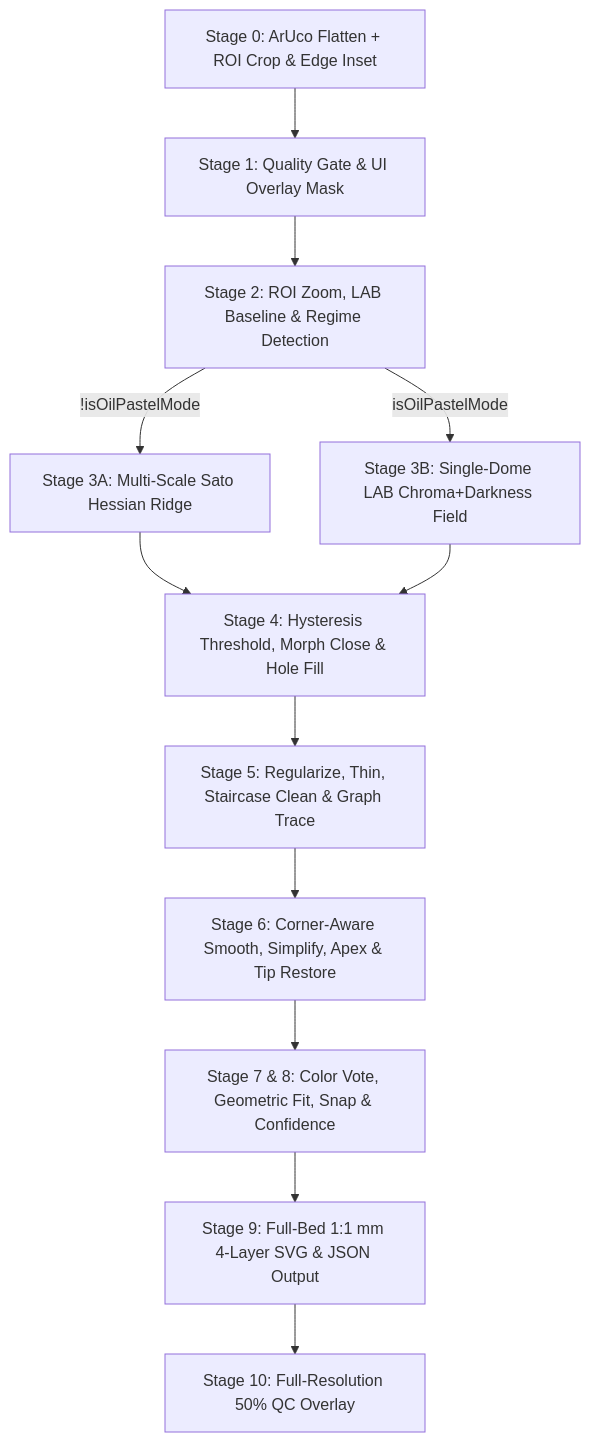
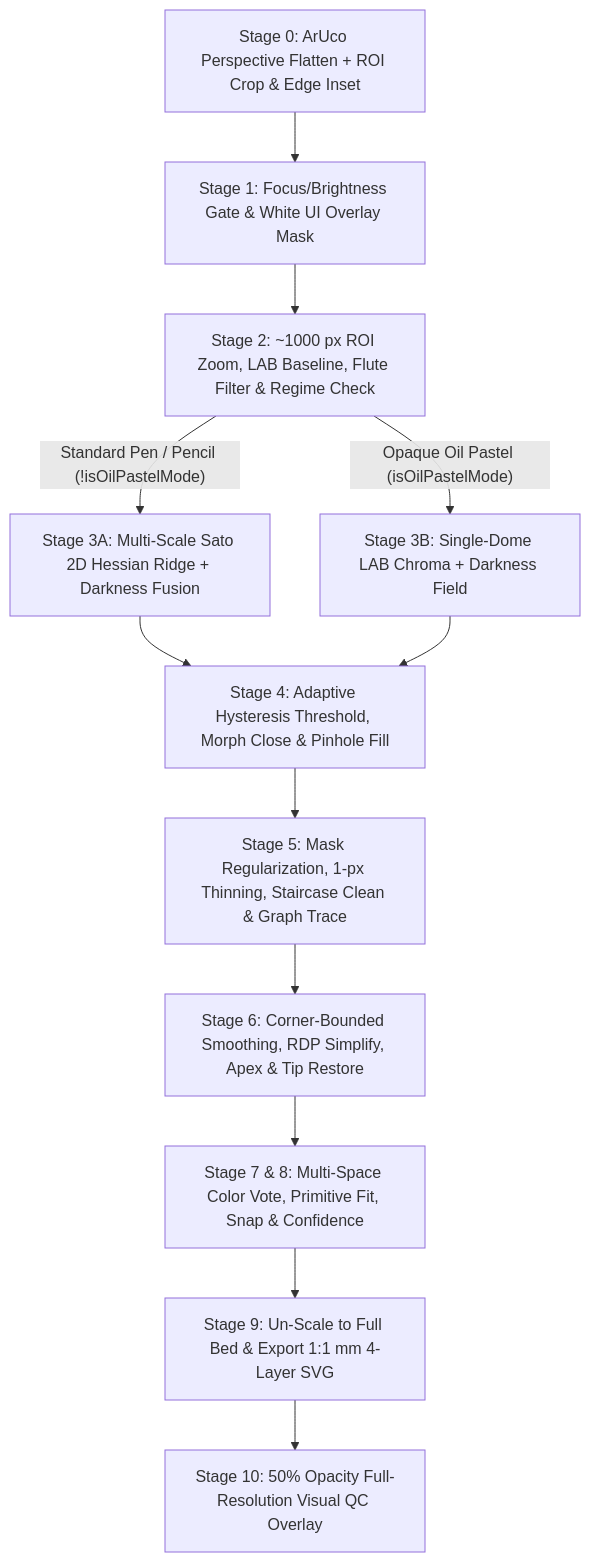
The first of 4 diagrams in docs/STROKE_DETECTION_WORKFLOW_END_TO_END.md (icebelly29/urumi-vision-app), drawn with Mermaid before and after one commit. The commit also changed other lines of this file and 12 other files, not shown here.

````diff
--- a/docs/STROKE_DETECTION_WORKFLOW_END_TO_END.md
+++ b/docs/STROKE_DETECTION_WORKFLOW_END_TO_END.md
@@ -9,14 +68,14 @@
 ```mermaid
 flowchart TD
-    S0["Stage 0: ArUco Flatten + ROI Crop & Edge Inset"] --> S1["Stage 1: Quality Gate & UI Overlay Mask"]
-    S1 --> S2["Stage 2: ROI Zoom, LAB Baseline & Regime Detection"]
-    S2 -->|!isOilPastelMode| S3A["Stage 3A: Multi-Scale Sato Hessian Ridge"]
-    S2 -->|isOilPastelMode| S3B["Stage 3B: Single-Dome LAB Chroma+Darkness Field"]
-    S3A --> S4["Stage 4: Hysteresis Threshold, Morph Close & Hole Fill"]
+    S0["Stage 0: ArUco Perspective Flatten + ROI Crop & Edge Inset"] --> S1["Stage 1: Focus/Brightness Gate & White UI Overlay Mask"]
+    S1 --> S2["Stage 2: ~1000 px ROI Zoom, LAB Baseline, Flute Filter & Regime Check"]
+    S2 -->|"Standard Pen / Pencil (!isOilPastelMode)"| S3A["Stage 3A: Multi-Scale Sato 2D Hessian Ridge + Darkness Fusion"]
+    S2 -->|"Opaque Oil Pastel (isOilPastelMode)"| S3B["Stage 3B: Single-Dome LAB Chroma + Darkness Field"]
+    S3A --> S4["Stage 4: Adaptive Hysteresis Threshold, Morph Close & Pinhole Fill"]
     S3B --> S4
-    S4 --> S5["Stage 5: Regularize, Thin, Staircase Clean & Graph Trace"]
-    S5 --> S6["Stage 6: Corner-Aware Smooth, Simplify, Apex & Tip Restore"]
-    S6 --> S7["Stage 7 & 8: Color Vote, Geometric Fit, Snap & Confidence"]
-    S7 --> S9["Stage 9: Full-Bed 1:1 mm 4-Layer SVG & JSON Output"]
-    S9 --> S10["Stage 10: Full-Resolution 50% QC Overlay"]
+    S4 --> S5["Stage 5: Mask Regularization, 1-px Thinning, Staircase Clean & Graph Trace"]
+    S5 --> S6["Stage 6: Corner-Bounded Smoothing, RDP Simplify, Apex & Tip Restore"]
+    S6 --> S7["Stage 7 & 8: Multi-Space Color Vote, Primitive Fit, Snap & Confidence"]
+    S7 --> S9["Stage 9: Un-Scale to Full Bed & Export 1:1 mm 4-Layer SVG"]
+    S9 --> S10["Stage 10: 50% Opacity Full-Resolution Visual QC Overlay"]
 ```
````
